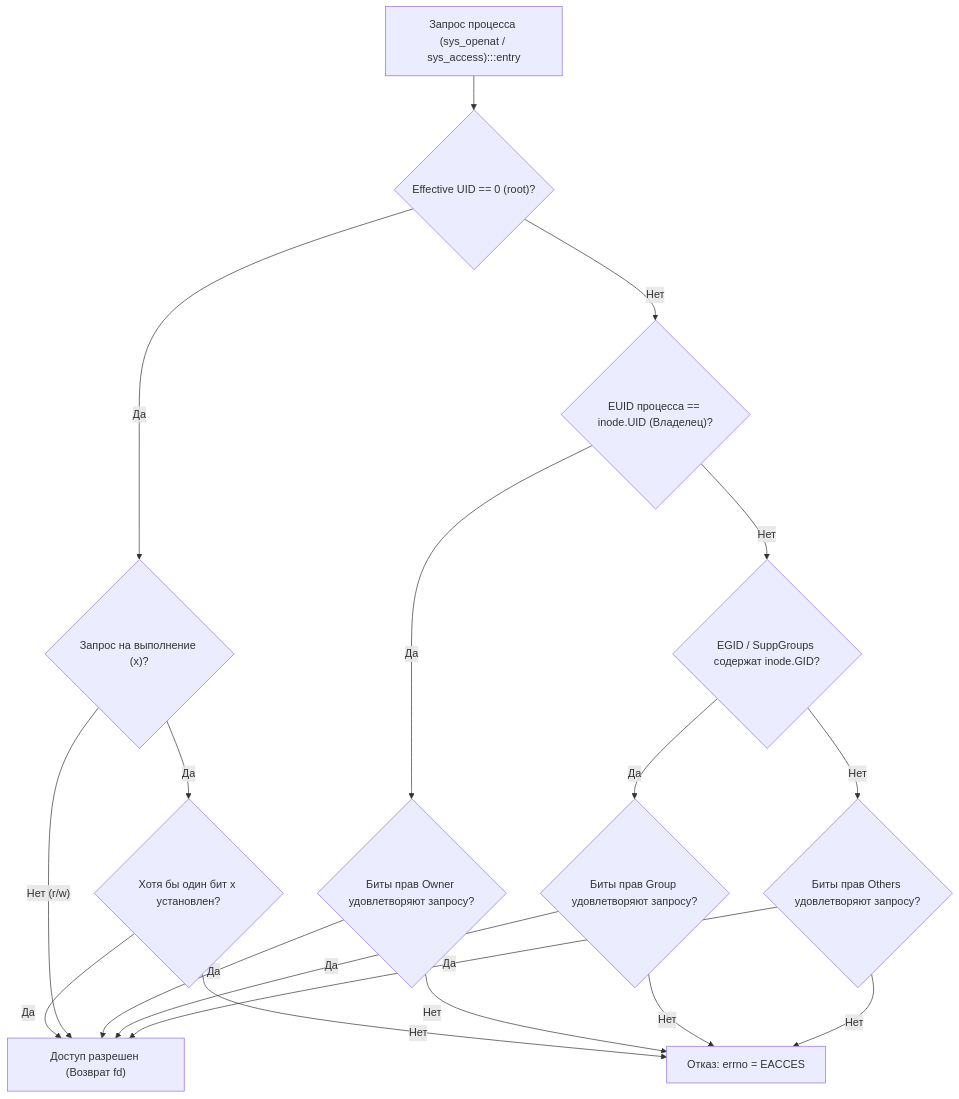
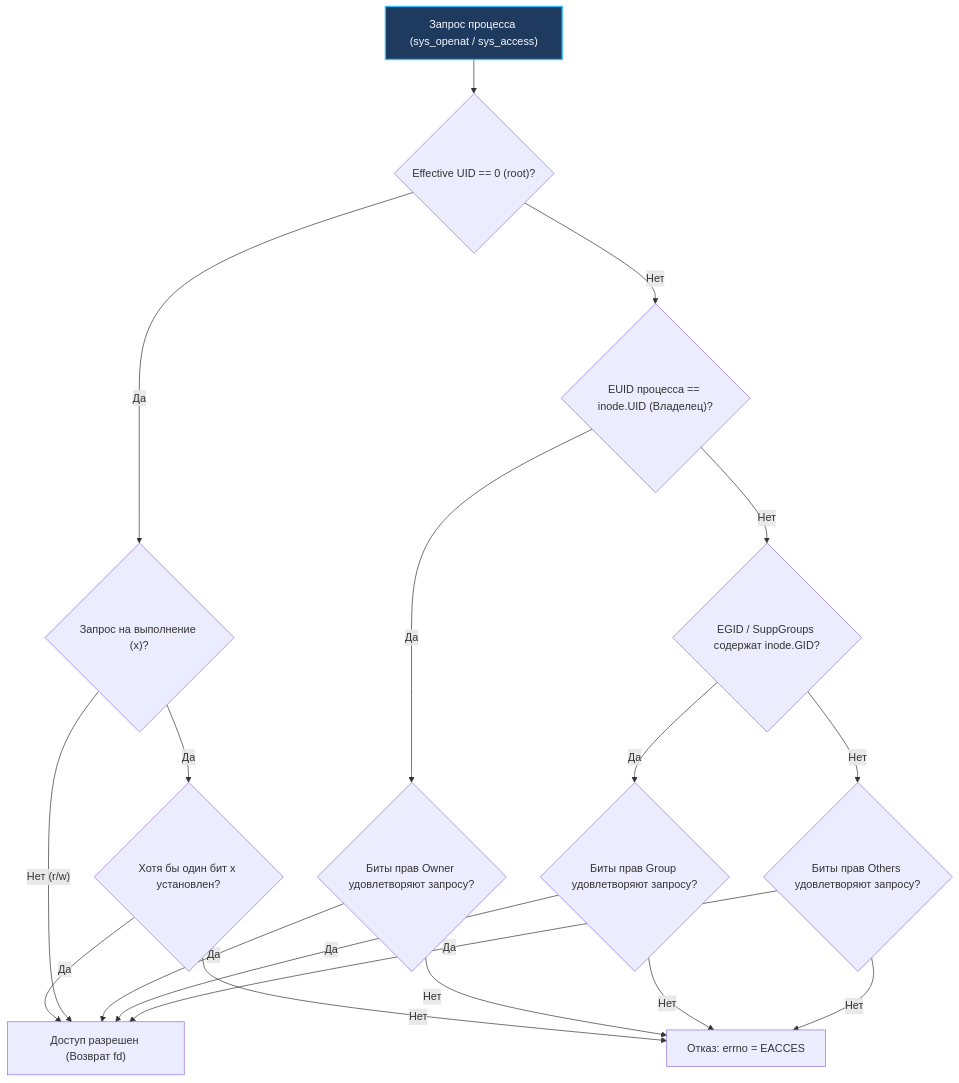
One commit to UnrealTemplier/go-textbook-ru changed the fourth of 5 diagrams in sources/2. Устройство и работа ОС/56. Безопасность ОС. Права доступа, users, groups.md. Above: the diagram before and after it, drawn with Mermaid. The commit also changed 166 other files, not shown here.

First line of the commit message:
fix(mermaid): move :::class out of quoted node labels

````diff
--- a/sources/2. Устройство и работа ОС/56. Безопасность ОС. Права доступа, users, groups.md
+++ b/sources/2. Устройство и работа ОС/56. Безопасность ОС. Права доступа, users, groups.md
@@ -170,34 +170,34 @@
 ```mermaid
 flowchart TD
     classDef process  fill:#1e293b,stroke:#38bdf8,stroke-width:1px,color:#f8fafc
     classDef success  fill:#064e3b,stroke:#34d399,stroke-width:1px,color:#f8fafc
     classDef error    fill:#7f1d1d,stroke:#f87171,stroke-width:1px,color:#f8fafc
     classDef warning  fill:#78350f,stroke:#fbbf24,stroke-width:1px,color:#f8fafc
     classDef entry    fill:#1e3a5f,stroke:#38bdf8,stroke-width:2px,color:#f8fafc
     classDef aux      fill:#334155,stroke:#64748b,stroke-width:1px,color:#f8fafc
     classDef system   fill:#312e81,stroke:#a78bfa,stroke-width:1px,color:#f8fafc
     classDef data     fill:#132d29,stroke:#2dd4bf,stroke-width:1px,color:#f8fafc
     classDef network  fill:#881337,stroke:#fb7185,stroke-width:1px,color:#f8fafc
     classDef accent   fill:#1e1b4b,stroke:#818cf8,stroke-width:1px,color:#f8fafc
-    Start["Запрос процесса (sys_openat / sys_access):::entry"] --> CheckRoot{"Effective UID == 0 (root)?"}
+    Start["Запрос процесса (sys_openat / sys_access)"]:::entry --> CheckRoot{"Effective UID == 0 (root)?"}
     
     CheckRoot -->|"Да"| RootCheck{"Запрос на выполнение (x)?"}
     RootCheck -->|"Да"| ExecBit{"Хотя бы один бит x установлен?"}
     ExecBit -->|"Да"| AccessGranted["Доступ разрешен (Возврат fd)"]
     ExecBit -->|"Нет"| AccessDenied["Отказ: errno = EACCES"]
     RootCheck -->|"Нет (r/w)"| AccessGranted
 
     CheckRoot -->|"Нет"| CheckOwner{"EUID процесса == inode.UID (Владелец)?"}
     CheckOwner -->|"Да"| CheckOwnerBits{"Биты прав Owner удовлетворяют запросу?"}
     CheckOwnerBits -->|"Да"| AccessGranted
     CheckOwnerBits -->|"Нет"| AccessDenied
 
     CheckOwner -->|"Нет"| CheckGroup{"EGID / SuppGroups содержат inode.GID?"}
     CheckGroup -->|"Да"| CheckGroupBits{"Биты прав Group удовлетворяют запросу?"}
     CheckGroupBits -->|"Да"| AccessGranted
     CheckGroupBits -->|"Нет"| AccessDenied
 
     CheckGroup -->|"Нет"| CheckOtherBits{"Биты прав Others удовлетворяют запросу?"}
     CheckOtherBits -->|"Да"| AccessGranted
     CheckOtherBits -->|"Нет"| AccessDenied
 ```
````
